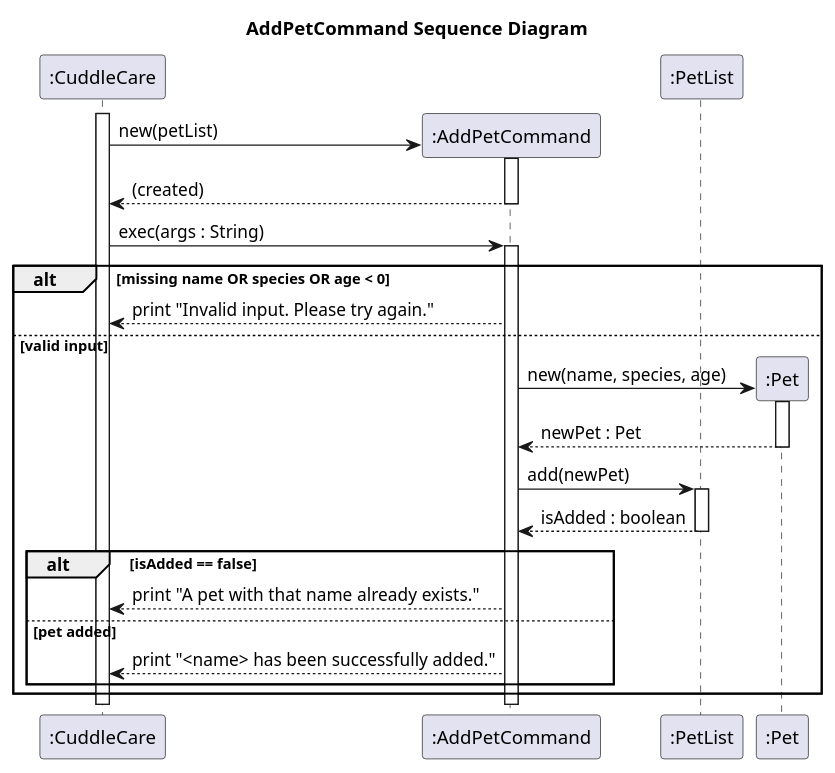
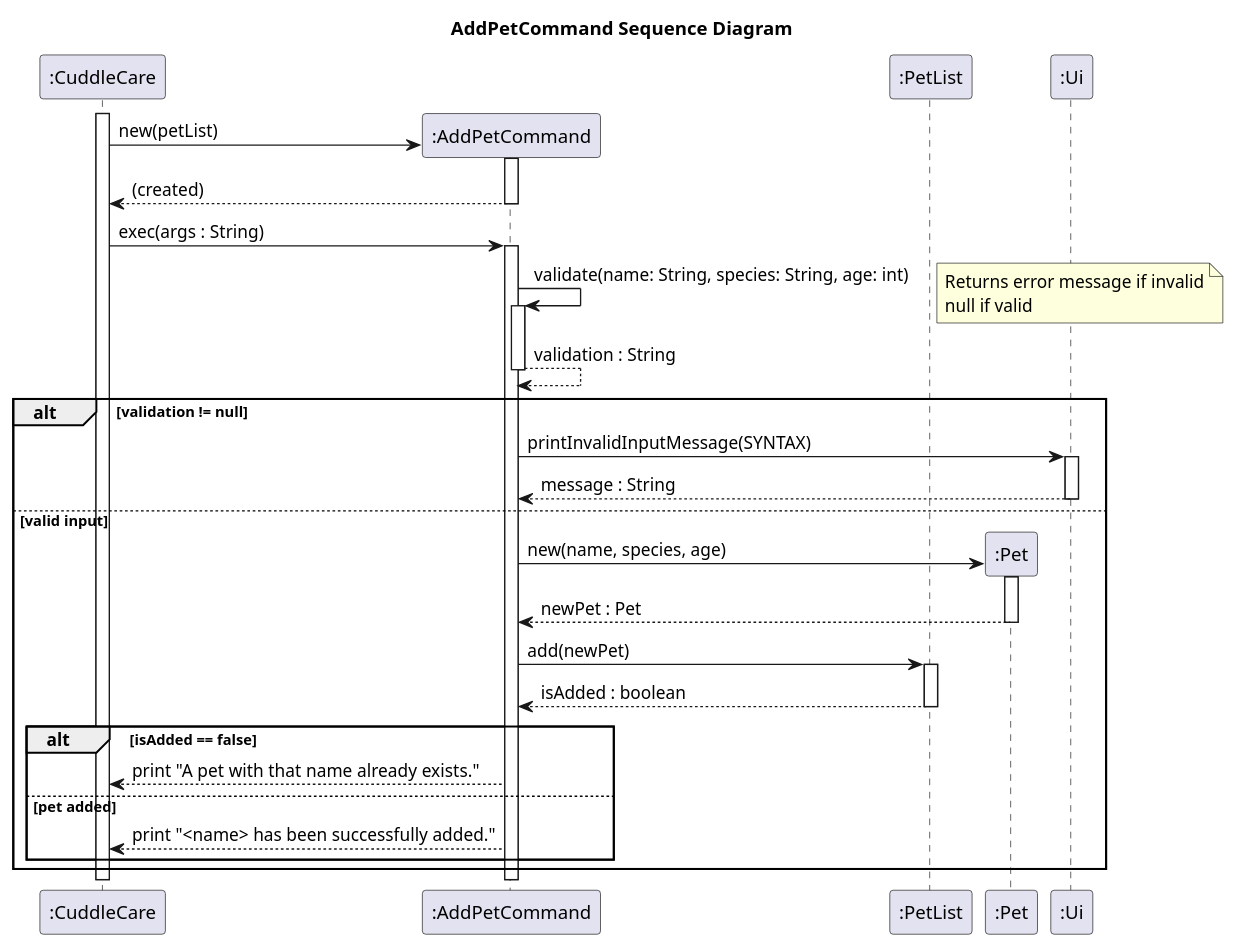
One commit to Kevin88866/tp changed the diagram in docs/uml/AddPetCommandSequenceDiagram.puml. Above: the diagram before and after it, drawn with PlantUML. The commit also changed 7 other files, not shown here.

```diff
--- a/docs/uml/AddPetCommandSequenceDiagram.puml
+++ b/docs/uml/AddPetCommandSequenceDiagram.puml
@@ -1,44 +1,51 @@
 @startuml
 title AddPetCommand Sequence Diagram
 
 participant ":CuddleCare" as CuddleCare
 participant ":AddPetCommand" as AddPetCommand
 participant ":PetList" as PetList
 participant ":Pet" as Pet
+participant ":Ui" as Ui
 
 activate CuddleCare
 
 ' Constructor
 CuddleCare -> AddPetCommand** : new(petList)
 activate AddPetCommand
 return (created)
 
 ' Exec Method
 CuddleCare -> AddPetCommand : exec(args : String)
 activate AddPetCommand
 
-' Invalid input case
-alt missing name OR species OR age < 0
-    AddPetCommand --> CuddleCare : print "Invalid input. Please try again."
+' Validate input
+AddPetCommand -> AddPetCommand : validate(name: String, species: String, age: int)
+activate AddPetCommand
+note right: Returns error message if invalid\nnull if valid
+return validation : String
 
+alt validation != null
+    AddPetCommand -> Ui : printInvalidInputMessage(SYNTAX)
+    activate Ui
+    return message : String
 else valid input
     ' Create Pet object
     AddPetCommand -> Pet** : new(name, species, age)
     activate Pet
     return newPet : Pet
 
     ' Add to PetList
     AddPetCommand -> PetList : add(newPet)
     activate PetList
     return isAdded : boolean
 
     ' Duplicate pet case
     alt isAdded == false
         AddPetCommand --> CuddleCare : print "A pet with that name already exists."
 
     else pet added
         AddPetCommand --> CuddleCare : print "<name> has been successfully added."
     end
 end
 
 @enduml
```
